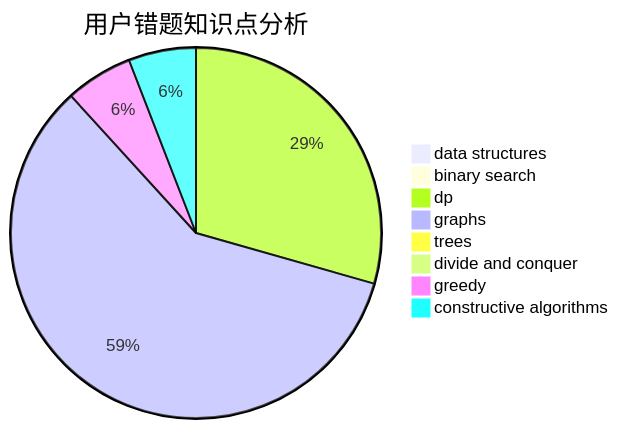
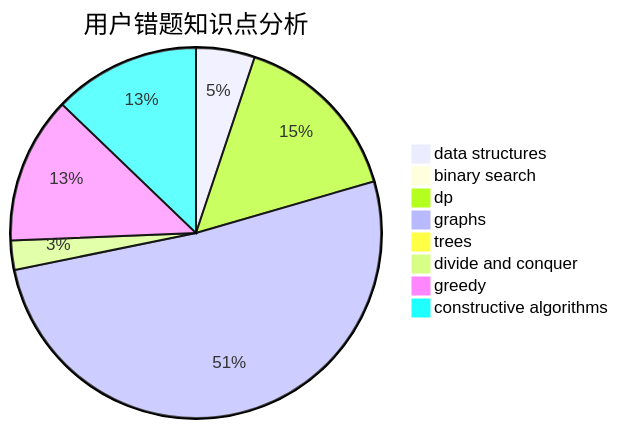
The third of 3 diagrams in docs/user/u1385.md (sherpahu/cfrs.github.io), drawn with Mermaid before and after one commit. The commit also changed other lines of this file and 2770 other files, not shown here.

````diff
--- a/docs/user/u1385.md
+++ b/docs/user/u1385.md
@@ -36,11 +36,11 @@
 ```mermaid
 pie title 用户错题知识点分析
-    "data structures" :  0
+    "data structures" :  2
     "binary search" :  0
-    "dp" :  5
-    "graphs" :  10
+    "dp" :  6
+    "graphs" :  20
     "trees" :  0
-    "divide and conquer" :  0
-    "greedy" :  1
-    "constructive algorithms" :  1
+    "divide and conquer" :  1
+    "greedy" :  5
+    "constructive algorithms" :  5
 ```
````
